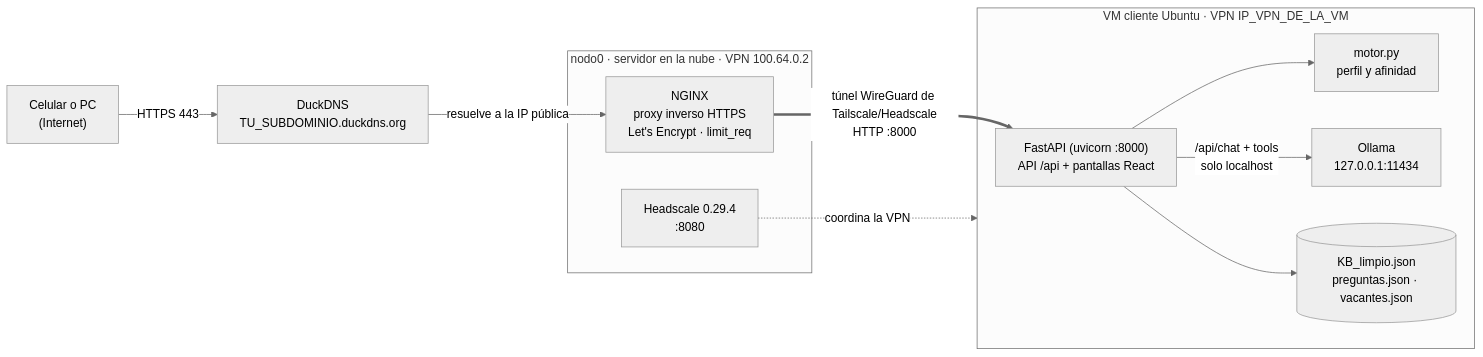
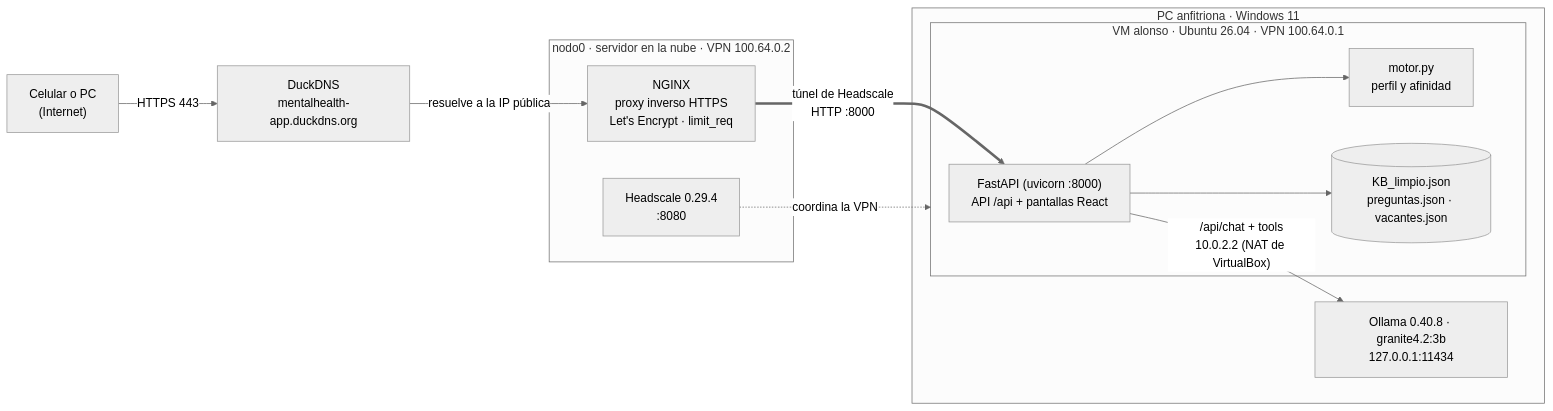
Before and after one commit to JhonMaldo/Pulso: the diagram in README.md, drawn with Mermaid (neutral theme). The commit also changed other lines of this file and 1 other file, not shown here.

Commit message:
docs(act-13): arquitectura final con Ollama en la PC anfitriona y verificación del despliegue

````diff
--- a/README.md
+++ b/README.md
@@ -21,20 +21,22 @@
 ```mermaid
 flowchart LR
-  U["Celular o PC<br/>(Internet)"] -->|"HTTPS 443"| D["DuckDNS<br/>TU_SUBDOMINIO.duckdns.org"]
+  U["Celular o PC<br/>(Internet)"] -->|"HTTPS 443"| D["DuckDNS<br/>mentalhealth-app.duckdns.org"]
   D -->|"resuelve a la IP pública"| N
   subgraph S["nodo0 · servidor en la nube · VPN 100.64.0.2"]
     N["NGINX<br/>proxy inverso HTTPS<br/>Let's Encrypt · limit_req"]
     H["Headscale 0.29.4<br/>:8080"]
   end
-  N ==>|"túnel WireGuard de Tailscale/Headscale<br/>HTTP :8000"| A
+  N ==>|"túnel de Headscale<br/>HTTP :8000"| A
   H -.->|"coordina la VPN"| VM
-  subgraph VM["VM cliente Ubuntu · VPN IP_VPN_DE_LA_VM"]
-    A["FastAPI (uvicorn :8000)<br/>API /api + pantallas React"]
-    M["motor.py<br/>perfil y afinidad"]
-    O["Ollama<br/>127.0.0.1:11434"]
-    K[("KB_limpio.json<br/>preguntas.json · vacantes.json")]
-    A --> M
-    A -->|"/api/chat + tools<br/>solo localhost"| O
-    A --> K
+  subgraph PC["PC anfitriona · Windows 11"]
+    subgraph VM["VM alonso · Ubuntu 26.04 · VPN 100.64.0.1"]
+      A["FastAPI (uvicorn :8000)<br/>API /api + pantallas React"]
+      M["motor.py<br/>perfil y afinidad"]
+      K[("KB_limpio.json<br/>preguntas.json · vacantes.json")]
+      A --> M
+      A --> K
+    end
+    O["Ollama 0.40.8 · granite4.2:3b<br/>127.0.0.1:11434"]
   end
+  A -->|"/api/chat + tools<br/>10.0.2.2 (NAT de VirtualBox)"| O
 ```
````
